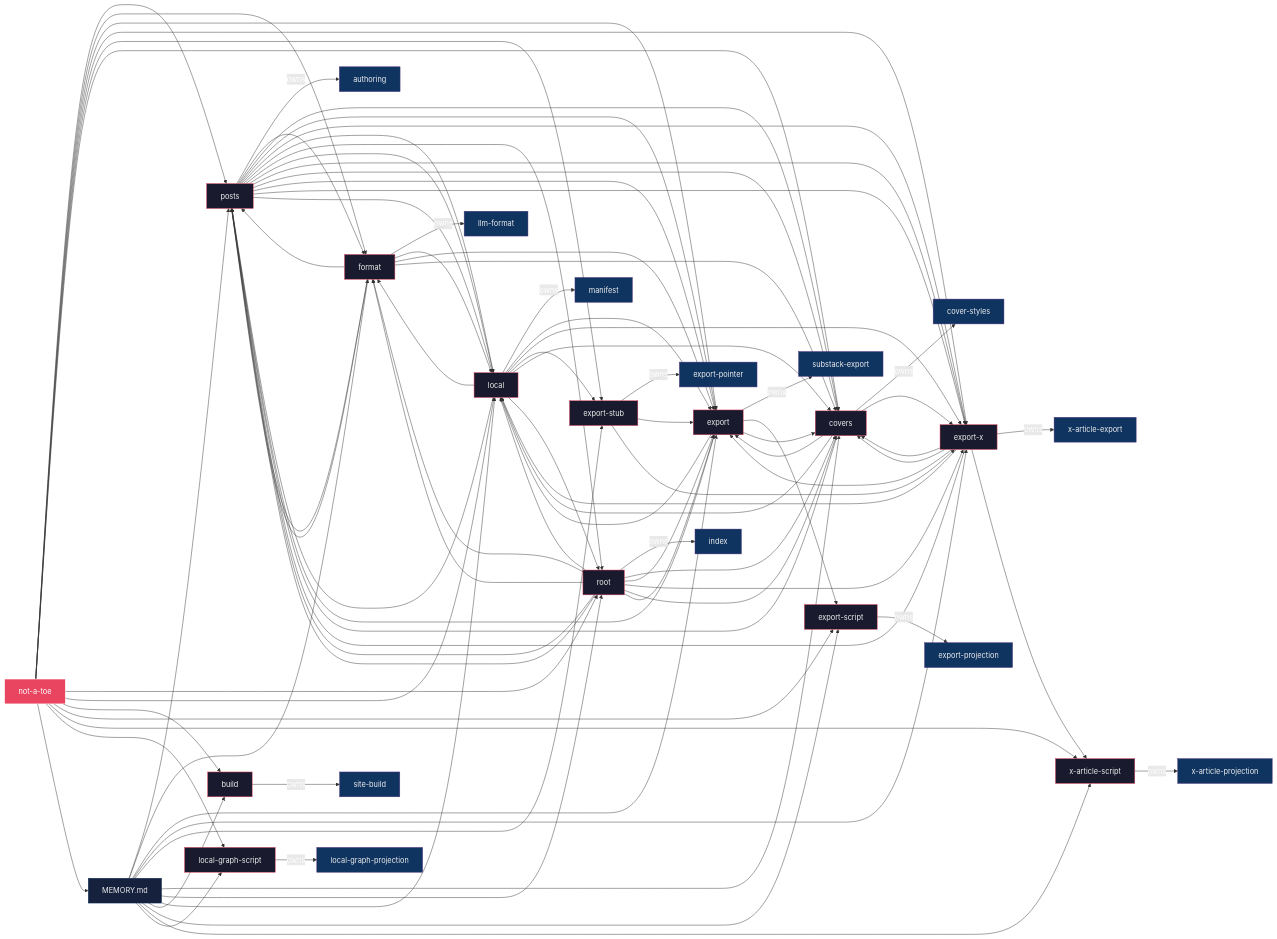
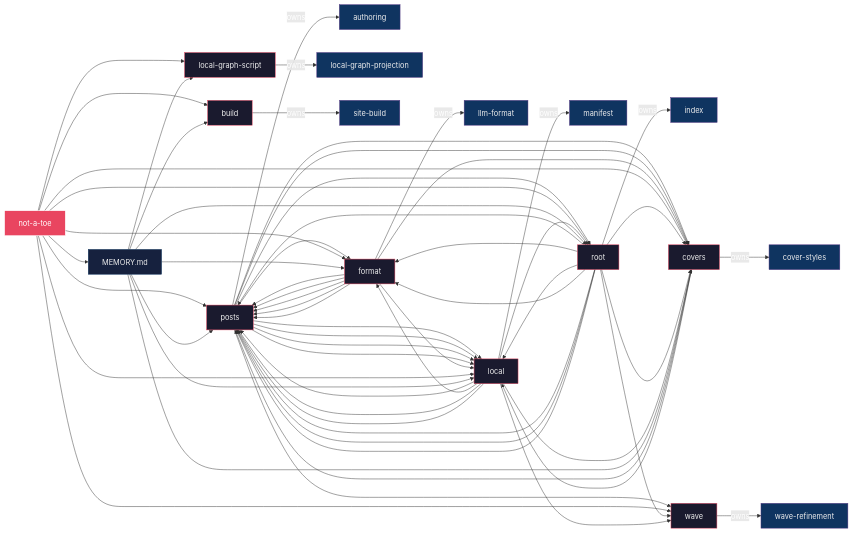
One commit to powerpig99/not-a-toe changed the diagram in docs/local.graph.mmd. Above: the diagram before and after it, drawn with Mermaid. The commit also changed 15 other files, not shown here.

Commit message:
Retire Substack and X Article export tooling, docs, and tracker references

```diff
--- a/docs/local.graph.mmd
+++ b/docs/local.graph.mmd
@@ -1,146 +1,101 @@
 %% Disposable local-memory projection — regenerate; do not edit
 flowchart LR
   classDef tracker fill:#1a1a2e,color:#eee,stroke:#e94560
   classDef memory fill:#16213e,color:#eee,stroke:#0f3460
   classDef domain fill:#0f3460,color:#eee,stroke:#533483
   classDef root fill:#e94560,color:#fff,stroke:#fff
   domain_authoring["authoring"]
   class domain_authoring domain
   domain_cover_styles["cover-styles"]
   class domain_cover_styles domain
-  domain_export_pointer["export-pointer"]
-  class domain_export_pointer domain
-  domain_export_projection["export-projection"]
-  class domain_export_projection domain
   domain_index["index"]
   class domain_index domain
   domain_llm_format["llm-format"]
   class domain_llm_format domain
   domain_local_graph_projection["local-graph-projection"]
   class domain_local_graph_projection domain
   domain_manifest["manifest"]
   class domain_manifest domain
   domain_site_build["site-build"]
   class domain_site_build domain
-  domain_substack_export["substack-export"]
-  class domain_substack_export domain
-  domain_x_article_export["x-article-export"]
-  class domain_x_article_export domain
-  domain_x_article_projection["x-article-projection"]
-  class domain_x_article_projection domain
+  domain_wave_refinement["wave-refinement"]
+  class domain_wave_refinement domain
   memory_project["MEMORY.md"]
   class memory_project memory
   project_not_a_toe["not-a-toe"]
   class project_not_a_toe root
   tracker_build["build"]
   class tracker_build tracker
   tracker_covers["covers"]
   class tracker_covers tracker
-  tracker_export["export"]
-  class tracker_export tracker
-  tracker_export_script["export-script"]
-  class tracker_export_script tracker
-  tracker_export_stub["export-stub"]
-  class tracker_export_stub tracker
-  tracker_export_x["export-x"]
-  class tracker_export_x tracker
   tracker_format["format"]
   class tracker_format tracker
   tracker_local["local"]
   class tracker_local tracker
   tracker_local_graph_script["local-graph-script"]
   class tracker_local_graph_script tracker
   tracker_posts["posts"]
   class tracker_posts tracker
   tracker_root["root"]
   class tracker_root tracker
-  tracker_x_article_script["x-article-script"]
-  class tracker_x_article_script tracker
+  tracker_wave["wave"]
+  class tracker_wave tracker
   project_not_a_toe --> tracker_posts
   tracker_posts -->|owns| domain_authoring
+  tracker_posts --> tracker_wave
   tracker_posts --> tracker_format
   tracker_posts --> tracker_covers
-  tracker_posts --> tracker_export
-  tracker_posts --> tracker_export_x
   tracker_posts --> tracker_local
   tracker_posts --> tracker_root
   tracker_posts --> tracker_local
-  tracker_posts --> tracker_export_x
   tracker_posts --> tracker_covers
-  tracker_posts --> tracker_export
-  tracker_posts --> tracker_export_x
   tracker_posts --> tracker_local
+  tracker_posts --> tracker_local
+  project_not_a_toe --> tracker_wave
+  tracker_wave -->|owns| domain_wave_refinement
   project_not_a_toe --> tracker_format
   tracker_format -->|owns| domain_llm_format
   tracker_format --> tracker_posts
   tracker_format --> tracker_local
   tracker_format --> tracker_posts
-  tracker_format --> tracker_export
+  tracker_format --> tracker_posts
+  tracker_format --> tracker_posts
   tracker_format --> tracker_covers
   tracker_format --> tracker_posts
-  project_not_a_toe --> tracker_export
-  tracker_export -->|owns| domain_substack_export
-  tracker_export --> tracker_posts
-  tracker_export --> tracker_export_script
-  tracker_export --> tracker_covers
-  tracker_export --> tracker_local
-  project_not_a_toe --> tracker_export_x
-  tracker_export_x -->|owns| domain_x_article_export
-  tracker_export_x --> tracker_posts
-  tracker_export_x --> tracker_x_article_script
-  tracker_export_x --> tracker_export
-  tracker_export_x --> tracker_covers
-  tracker_export_x --> tracker_local
-  tracker_export_x --> tracker_covers
-  project_not_a_toe --> tracker_export_stub
-  tracker_export_stub -->|owns| domain_export_pointer
-  tracker_export_stub --> tracker_export
-  tracker_export_stub --> tracker_export_x
   project_not_a_toe --> tracker_covers
   tracker_covers -->|owns| domain_cover_styles
   tracker_covers --> tracker_posts
-  tracker_covers --> tracker_export
-  tracker_covers --> tracker_export_x
   tracker_covers --> tracker_local
   project_not_a_toe --> tracker_root
   tracker_root -->|owns| domain_index
   tracker_root --> tracker_posts
+  tracker_root --> tracker_wave
   tracker_root --> tracker_format
   tracker_root --> tracker_covers
-  tracker_root --> tracker_export
-  tracker_root --> tracker_export_x
   tracker_root --> tracker_local
   tracker_root --> tracker_covers
   tracker_root --> tracker_format
   tracker_root --> tracker_posts
-  tracker_root --> tracker_export
+  tracker_root --> tracker_posts
+  tracker_root --> tracker_posts
   project_not_a_toe --> tracker_local
   tracker_local -->|owns| domain_manifest
   tracker_local --> tracker_posts
+  tracker_local --> tracker_wave
   tracker_local --> tracker_format
-  tracker_local --> tracker_export
-  tracker_local --> tracker_export_x
-  tracker_local --> tracker_export_stub
   tracker_local --> tracker_covers
   tracker_local --> tracker_root
+  tracker_local --> tracker_posts
+  tracker_local --> tracker_posts
   project_not_a_toe --> tracker_build
   tracker_build -->|owns| domain_site_build
-  project_not_a_toe --> tracker_export_script
-  tracker_export_script -->|owns| domain_export_projection
-  project_not_a_toe --> tracker_x_article_script
-  tracker_x_article_script -->|owns| domain_x_article_projection
   project_not_a_toe --> tracker_local_graph_script
   tracker_local_graph_script -->|owns| domain_local_graph_projection
   project_not_a_toe --> memory_project
   memory_project --> tracker_posts
   memory_project --> tracker_format
-  memory_project --> tracker_export
-  memory_project --> tracker_export_x
-  memory_project --> tracker_export_stub
   memory_project --> tracker_covers
   memory_project --> tracker_root
   memory_project --> tracker_local
   memory_project --> tracker_build
-  memory_project --> tracker_export_script
-  memory_project --> tracker_x_article_script
   memory_project --> tracker_local_graph_script
```
